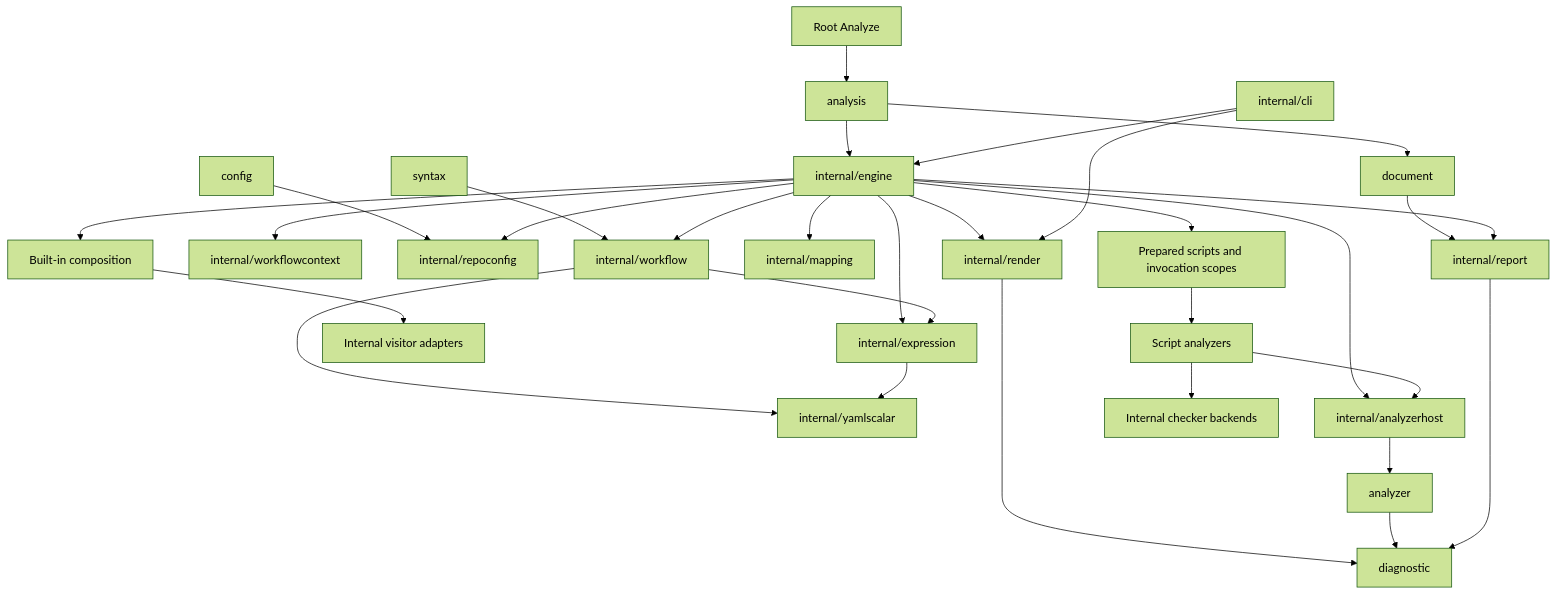
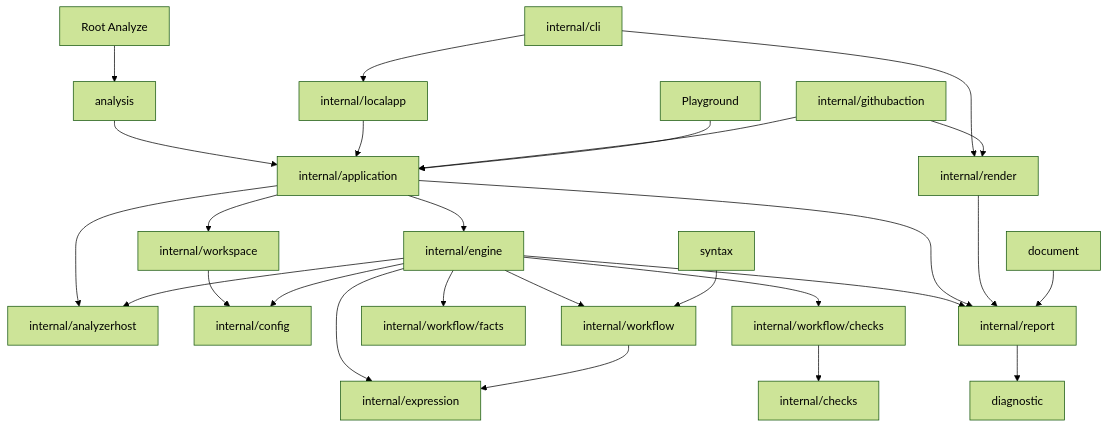
The first of 2 diagrams in docs/design/analysis-contracts.md (kjanat/actionlint), drawn with Mermaid (forest theme) before and after one commit. The commit also changed other lines of this file and 720 other files, not shown here.

````diff
--- a/docs/design/analysis-contracts.md
+++ b/docs/design/analysis-contracts.md
@@ -28,32 +30,29 @@
 ```mermaid
 flowchart TD
     Root[Root Analyze] --> API[analysis]
-    API --> Engine[internal/engine]
-    CLI[internal/cli] --> Engine
-    Syntax[syntax] --> Workflow[internal/workflow]
-    Engine --> Workflow
+    API --> App[internal/application]
+    CLI[internal/cli] --> Local[internal/localapp]
+    Local --> App
+    Action[internal/githubaction] --> App
+    Browser[Playground] --> App
+    App --> Workspace[internal/workspace]
+    App --> Engine[internal/engine]
+    App --> Host[internal/analyzerhost]
+    Workspace --> Config[internal/config]
+    Engine --> Config
+    Engine --> Workflow[internal/workflow]
+    Engine --> Facts[internal/workflow/facts]
+    Engine --> Checks[internal/workflow/checks]
+    Checks --> Semantics[internal/checks]
     Engine --> Expressions[internal/expression]
     Workflow --> Expressions
-    Engine --> Contexts[internal/workflowcontext]
-    Workflow --> Scalars[internal/yamlscalar]
-    Expressions --> Scalars
-    Config[config] --> RepoConfig[internal/repoconfig]
-    Engine --> RepoConfig
-    Engine --> Render[internal/render]
-    CLI --> Render
-    Render --> Diagnostic
-    Engine --> Host[internal/analyzerhost]
-    Engine --> Mapping[internal/mapping]
-    Factory[Built-in composition] --> Adapters[Internal visitor adapters]
-    Engine --> Factory
-    Host --> Contract[analyzer]
-    Contract --> Diagnostic[diagnostic]
-    Engine --> Prepared[Prepared scripts and invocation scopes]
-    Prepared --> Checks[Script analyzers]
-    Checks --> Backends[Internal checker backends]
-    Checks --> Host
-    API --> Documents[document]
-    Documents --> Models[internal/report]
-    Engine --> Models
-    Models --> Diagnostic
+    Engine --> Host
+    Engine --> Models[internal/report]
+    App --> Models
+    CLI --> Render[internal/render]
+    Action --> Render
+    Render --> Models
+    Models --> Diagnostic[diagnostic]
+    Syntax[syntax] --> Workflow
+    Documents[document] --> Models
 ```
````
